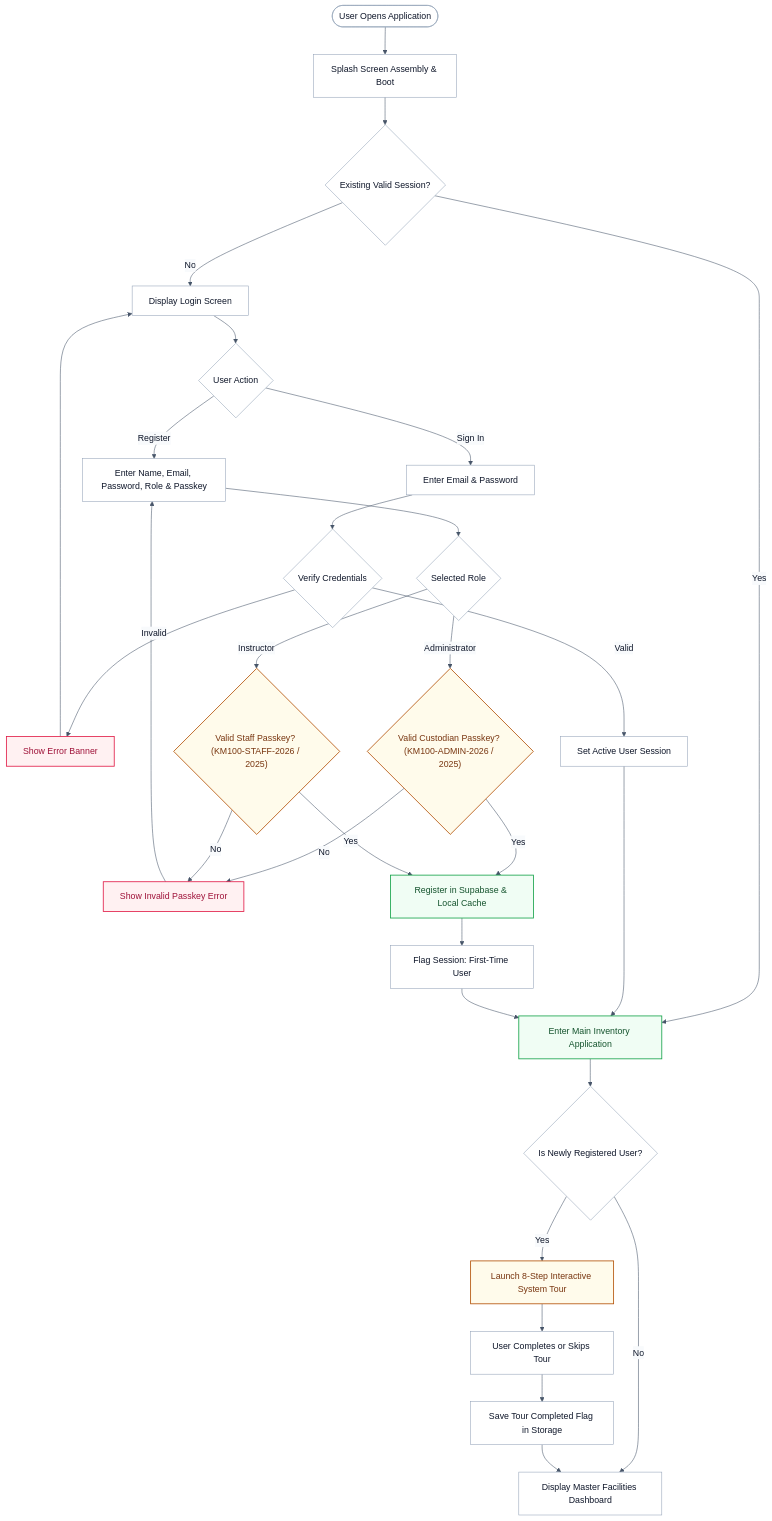
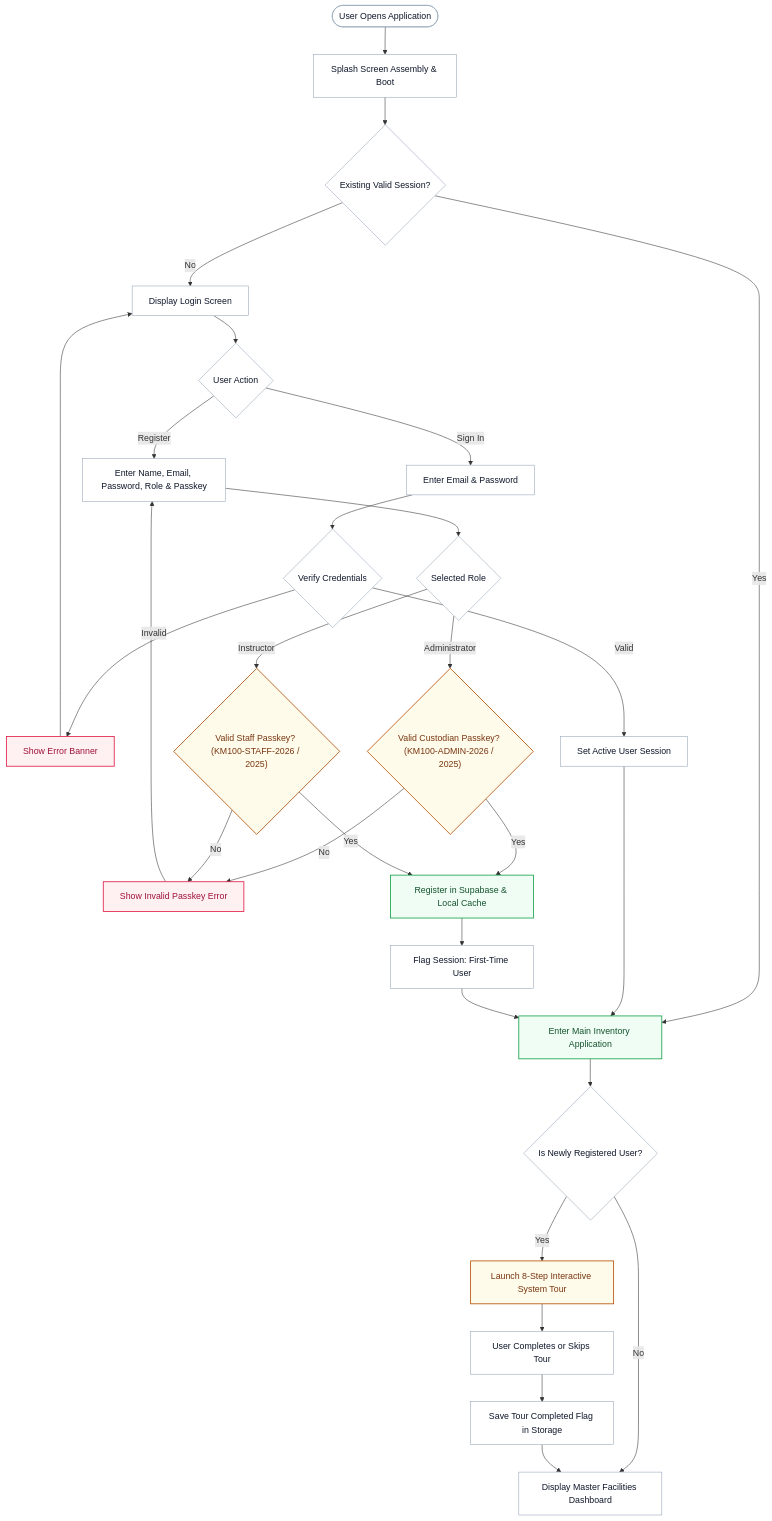
The third of 5 diagrams in docs/APP_FLOWCHART.md (kai-zze/KM100-Stock), drawn with Mermaid before and after one commit. The commit also changed other lines of this file and 6 other files, not shown here.

Commit message:
docs: export flowcharts as full images with opaque solid white background

````diff
--- a/docs/APP_FLOWCHART.md
+++ b/docs/APP_FLOWCHART.md
@@ -67,54 +146,53 @@
 ```mermaid
-%%{init: {'theme': 'base', 'themeVariables': { 'darkMode': false, 'background': '#ffffff', 'primaryColor': '#ffffff', 'primaryBorderColor': '#94a3b8', 'primaryTextColor': '#0f172a', 'lineColor': '#475569', 'secondaryColor': '#f8fafc', 'secondaryBorderColor': '#cbd5e1', 'secondaryTextColor': '#0f172a', 'tertiaryColor': '#f1f5f9', 'tertiaryBorderColor': '#cbd5e1', 'tertiaryTextColor': '#0f172a' }}}%%
 flowchart TD
     Start(["User Opens Application"]) --> Splash["Splash Screen Assembly & Boot"]
     Splash --> CheckSession{"Existing Valid Session?"}
 
     CheckSession -->|Yes| MainApp["Enter Main Inventory Application"]
     CheckSession -->|No| LoginScreen["Display Login Screen"]
 
     LoginScreen --> ModeChoice{"User Action"}
 
     %% Sign In Branch
     ModeChoice -->|Sign In| EnterCreds["Enter Email & Password"]
     EnterCreds --> VerifyAuth{"Verify Credentials"}
     VerifyAuth -->|Invalid| LoginError["Show Error Banner"]
     LoginError --> LoginScreen
     VerifyAuth -->|Valid| SetSession["Set Active User Session"]
     SetSession --> MainApp
 
     %% Sign Up Branch
     ModeChoice -->|Register| EnterReg["Enter Name, Email, Password, Role & Passkey"]
     EnterReg --> CheckRole{"Selected Role"}
 
     CheckRole -->|Administrator| CheckAdminPasskey{"Valid Custodian Passkey? (KM100-ADMIN-2026 / 2025)"}
     CheckRole -->|Instructor| CheckStaffPasskey{"Valid Staff Passkey? (KM100-STAFF-2026 / 2025)"}
 
     CheckAdminPasskey -->|No| PasskeyError["Show Invalid Passkey Error"]
     CheckStaffPasskey -->|No| PasskeyError
     PasskeyError --> EnterReg
 
     CheckAdminPasskey -->|Yes| CreateCloudAccount["Register in Supabase & Local Cache"]
     CheckStaffPasskey -->|Yes| CreateCloudAccount
 
     CreateCloudAccount --> SetNewUserFlag["Flag Session: First-Time User"]
     SetNewUserFlag --> MainApp
 
     %% Onboarding Check
     MainApp --> CheckNewUser{"Is Newly Registered User?"}
     CheckNewUser -->|Yes| OnboardingTour["Launch 8-Step Interactive System Tour"]
     CheckNewUser -->|No| NormalDashboard["Display Master Facilities Dashboard"]
 
     OnboardingTour --> CompleteTour["User Completes or Skips Tour"]
     CompleteTour --> SaveTourDone["Save Tour Completed Flag in Storage"]
     SaveTourDone --> NormalDashboard
 
     classDef default fill:#ffffff,stroke:#94a3b8,stroke-width:1px,color:#0f172a;
     classDef amber fill:#fffbeb,stroke:#b45309,stroke-width:1.5px,color:#78350f;
     classDef rose fill:#fff1f2,stroke:#e11d48,stroke-width:1.5px,color:#9f1239;
     classDef emerald fill:#f0fdf4,stroke:#16a34a,stroke-width:1.5px,color:#14532d;
 
     class OnboardingTour,CheckAdminPasskey,CheckStaffPasskey amber;
     class PasskeyError,LoginError rose;
     class CreateCloudAccount,MainApp emerald;
 ```
````
